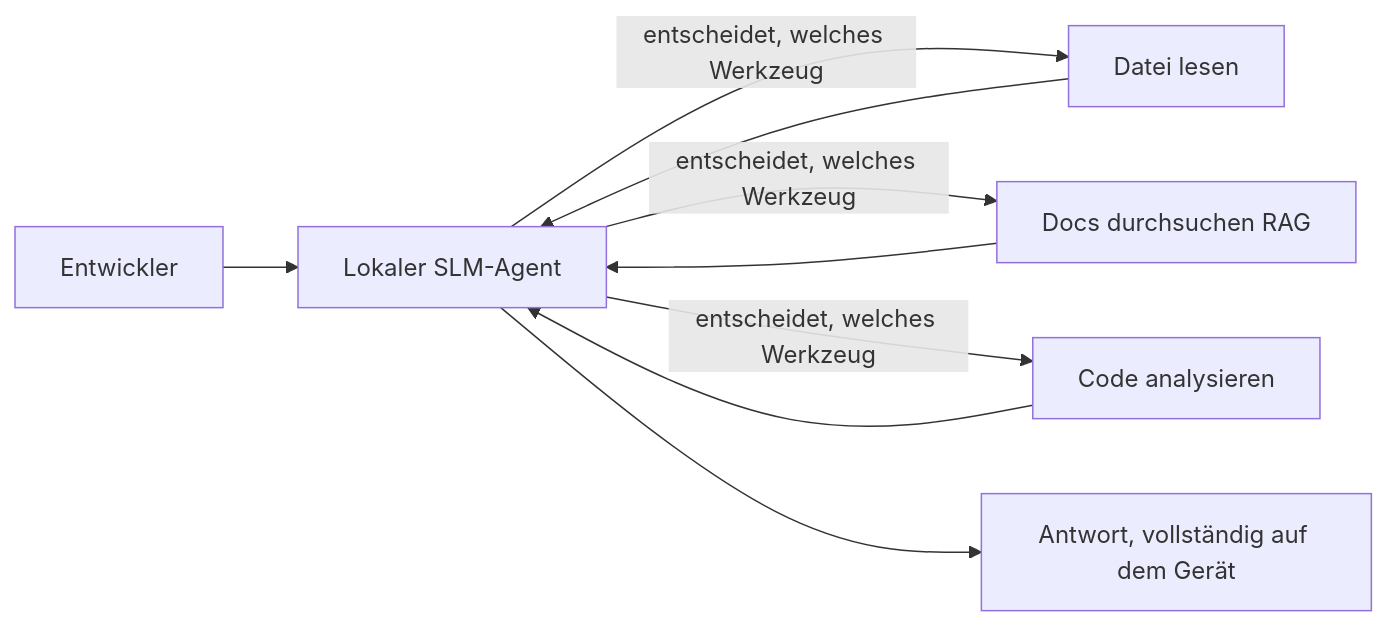
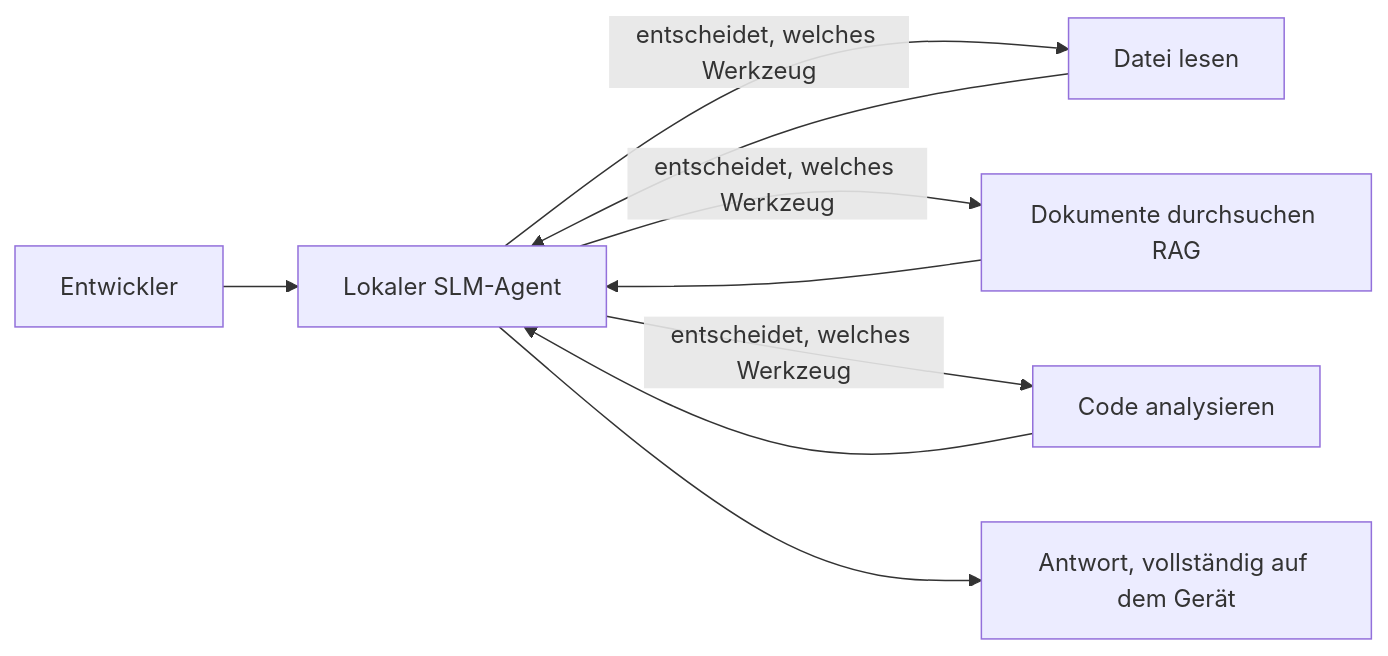
The first of 4 diagrams in translations/de/17-creating-local-ai-agents/README.md (microsoft/ai-agents-for-beginners), drawn with Mermaid before and after one commit. The commit also changed other lines of this file and 47 other files, not shown here.

````diff
--- a/translations/de/17-creating-local-ai-agents/README.md
+++ b/translations/de/17-creating-local-ai-agents/README.md
@@ -66,11 +66,11 @@
 ```mermaid
 flowchart LR
     U[Entwickler] --> A[Lokaler SLM-Agent]
     A -->|entscheidet, welches Werkzeug| T1[Datei lesen]
-    A -->|entscheidet, welches Werkzeug| T2[Docs durchsuchen RAG]
+    A -->|entscheidet, welches Werkzeug| T2[Dokumente durchsuchen RAG]
     A -->|entscheidet, welches Werkzeug| T3[Code analysieren]
     T1 --> A
     T2 --> A
     T3 --> A
     A --> R[Antwort, vollständig auf dem Gerät]
 ```
````
